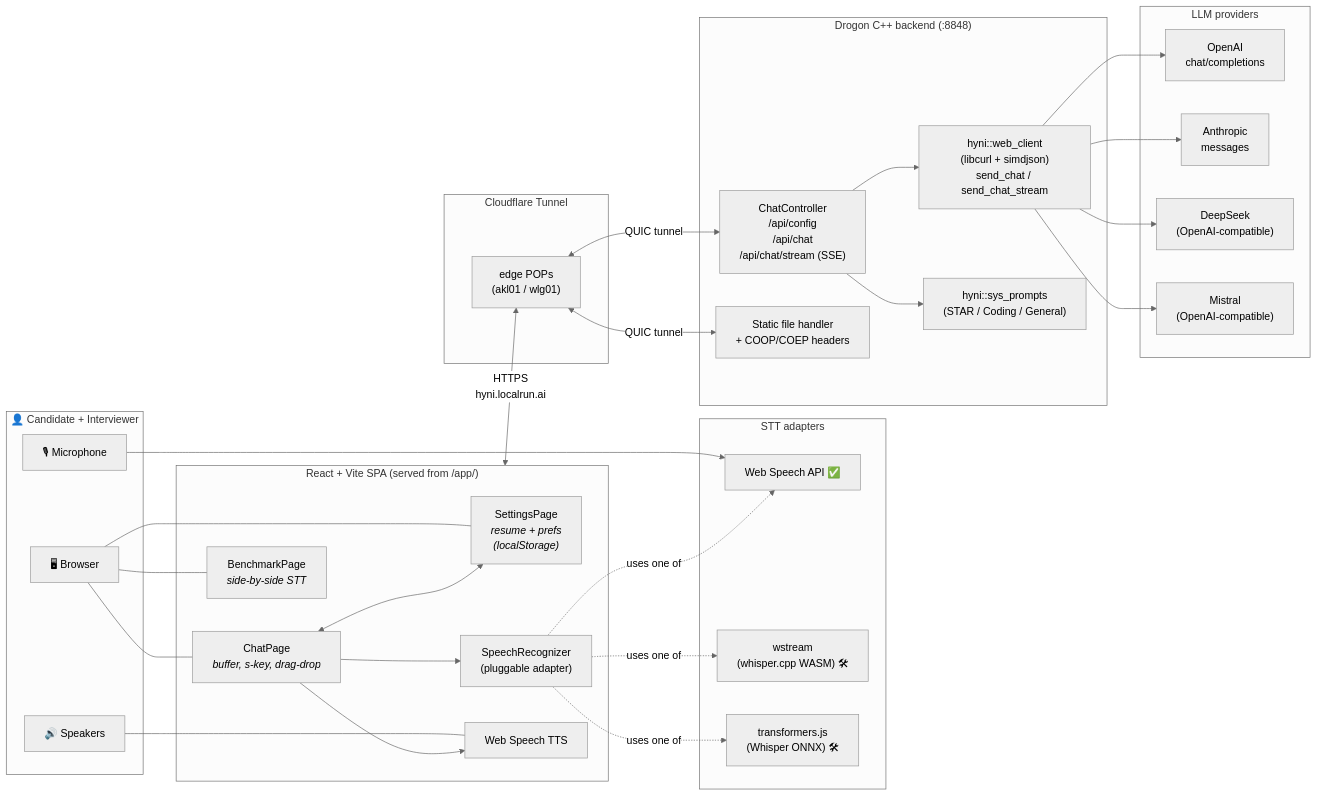
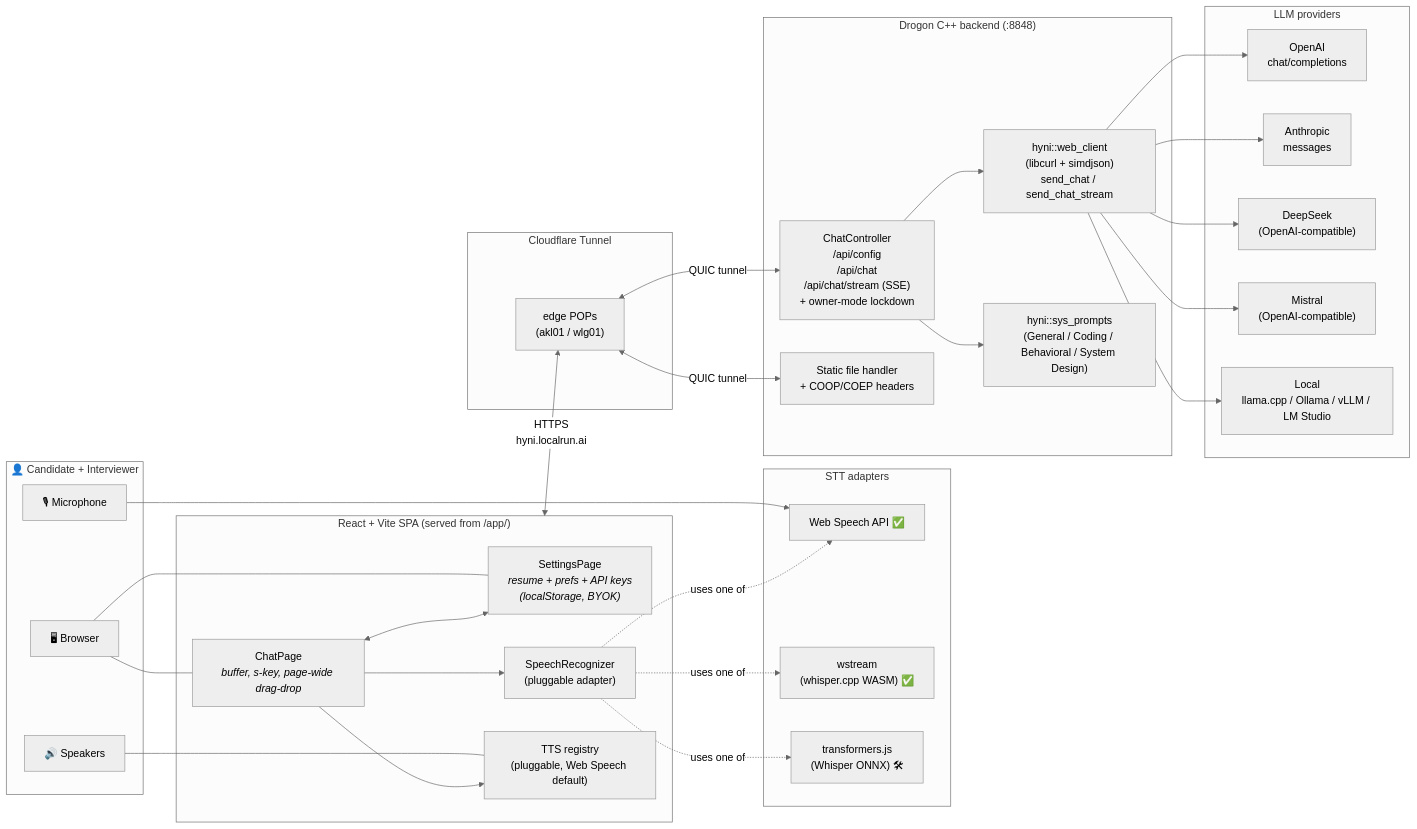
One commit to jwongso/hyni.web changed the first of 2 diagrams in README.md. Above: the diagram before and after it, drawn with Mermaid (neutral theme). The commit also changed other lines of this file, not shown here.

````diff
--- a/README.md
+++ b/README.md
@@ -56,63 +57,63 @@
 ```mermaid
 flowchart LR
     subgraph User["👤 Candidate + Interviewer"]
         mic["🎙 Microphone"]
         screen["🖥 Browser"]
         spk["🔊 Speakers"]
     end
 
     subgraph Browser["React + Vite SPA (served from /app/)"]
-        chat["ChatPage<br/><i>buffer, s-key, drag-drop</i>"]
-        set["SettingsPage<br/><i>resume + prefs<br/>(localStorage)</i>"]
-        bench["BenchmarkPage<br/><i>side-by-side STT</i>"]
+        chat["ChatPage<br/><i>buffer, s-key, page-wide drag-drop</i>"]
+        set["SettingsPage<br/><i>resume + prefs + API keys<br/>(localStorage, BYOK)</i>"]
         stt["SpeechRecognizer<br/>(pluggable adapter)"]
-        tts["Web Speech TTS"]
+        tts["TTS registry<br/>(pluggable, Web Speech default)"]
 
         chat --> stt
         chat --> tts
         chat <--> set
     end
 
     subgraph Adapters["STT adapters"]
         ws["Web Speech API ✅"]
-        wstream["wstream<br/>(whisper.cpp WASM) 🛠"]
+        wstream["wstream<br/>(whisper.cpp WASM) ✅"]
         tjs["transformers.js<br/>(Whisper ONNX) 🛠"]
     end
     stt -.uses one of.-> ws & wstream & tjs
 
     subgraph Backend["Drogon C++ backend (:8848)"]
-        api["ChatController<br/>/api/config<br/>/api/chat<br/>/api/chat/stream (SSE)"]
+        api["ChatController<br/>/api/config<br/>/api/chat<br/>/api/chat/stream (SSE)<br/>+ owner-mode lockdown"]
         client["hyni::web_client<br/>(libcurl + simdjson)<br/>send_chat / send_chat_stream"]
-        prompt["hyni::sys_prompts<br/>(STAR / Coding / General)"]
+        prompt["hyni::sys_prompts<br/>(General / Coding / Behavioral / System Design)"]
         static["Static file handler<br/>+ COOP/COEP headers"]
 
         api --> client
         api --> prompt
     end
 
     subgraph LLMs["LLM providers"]
         oai["OpenAI<br/>chat/completions"]
         ant["Anthropic<br/>messages"]
         ds["DeepSeek<br/>(OpenAI-compatible)"]
         ms["Mistral<br/>(OpenAI-compatible)"]
+        loc["Local<br/>llama.cpp / Ollama / vLLM / LM Studio"]
     end
 
     subgraph CF["Cloudflare Tunnel"]
         edge["edge POPs<br/>(akl01 / wlg01)"]
     end
 
     mic --> ws
     spk --- tts
     screen --- chat
     screen --- set
-    screen --- bench
 
     Browser <-- "HTTPS<br/>hyni.localrun.ai" --> edge
     edge <-- "QUIC tunnel" --> static
     edge <-- "QUIC tunnel" --> api
 
     client --> oai
     client --> ant
     client --> ds
     client --> ms
+    client --> loc
 ```
````
